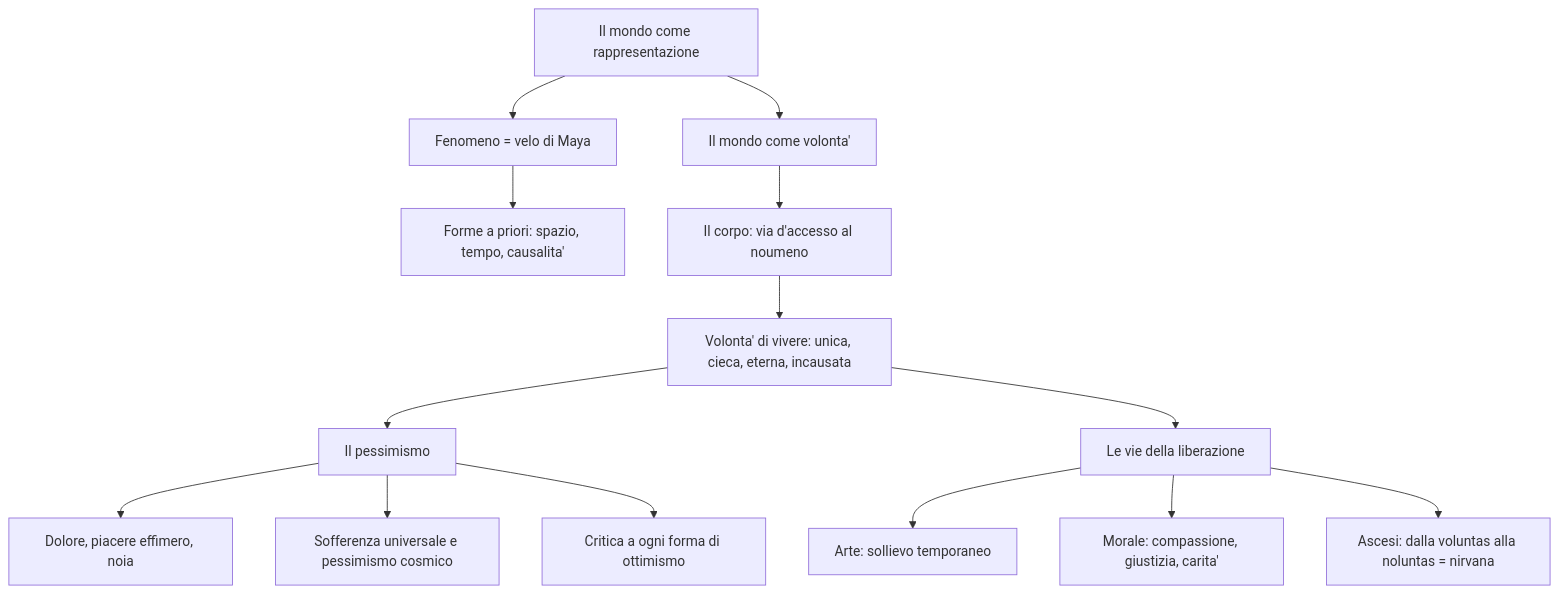
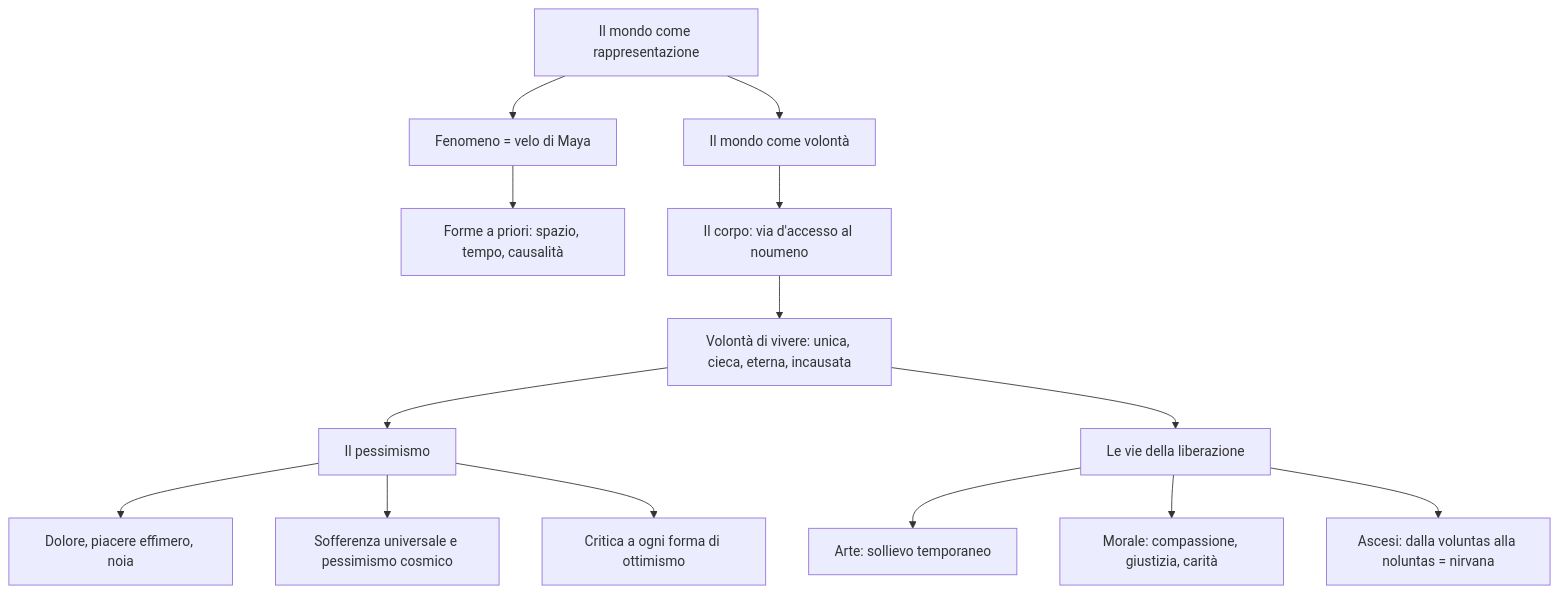
The diagram in docs/filosofia/ottocento/schopenhauer.md (nadiadba/nadia-secondbrain), drawn with Mermaid before and after one commit. The commit also changed other lines of this file and 2 other files, not shown here.

````diff
--- a/docs/filosofia/ottocento/schopenhauer.md
+++ b/docs/filosofia/ottocento/schopenhauer.md
@@ -53,16 +53,16 @@
 ```mermaid
 flowchart TD
     A["Il mondo come rappresentazione"] --> B["Fenomeno = velo di Maya"]
-    B --> C["Forme a priori: spazio, tempo, causalita'"]
-    A --> D["Il mondo come volonta'"]
+    B --> C["Forme a priori: spazio, tempo, causalità"]
+    A --> D["Il mondo come volontà"]
     D --> E["Il corpo: via d'accesso al noumeno"]
-    E --> F["Volonta' di vivere: unica, cieca, eterna, incausata"]
+    E --> F["Volontà di vivere: unica, cieca, eterna, incausata"]
     F --> G["Il pessimismo"]
     G --> H["Dolore, piacere effimero, noia"]
     G --> I["Sofferenza universale e pessimismo cosmico"]
     G --> J["Critica a ogni forma di ottimismo"]
     F --> K["Le vie della liberazione"]
     K --> L["Arte: sollievo temporaneo"]
-    K --> M["Morale: compassione, giustizia, carita'"]
+    K --> M["Morale: compassione, giustizia, carità"]
     K --> N["Ascesi: dalla voluntas alla noluntas = nirvana"]
 ```
````
